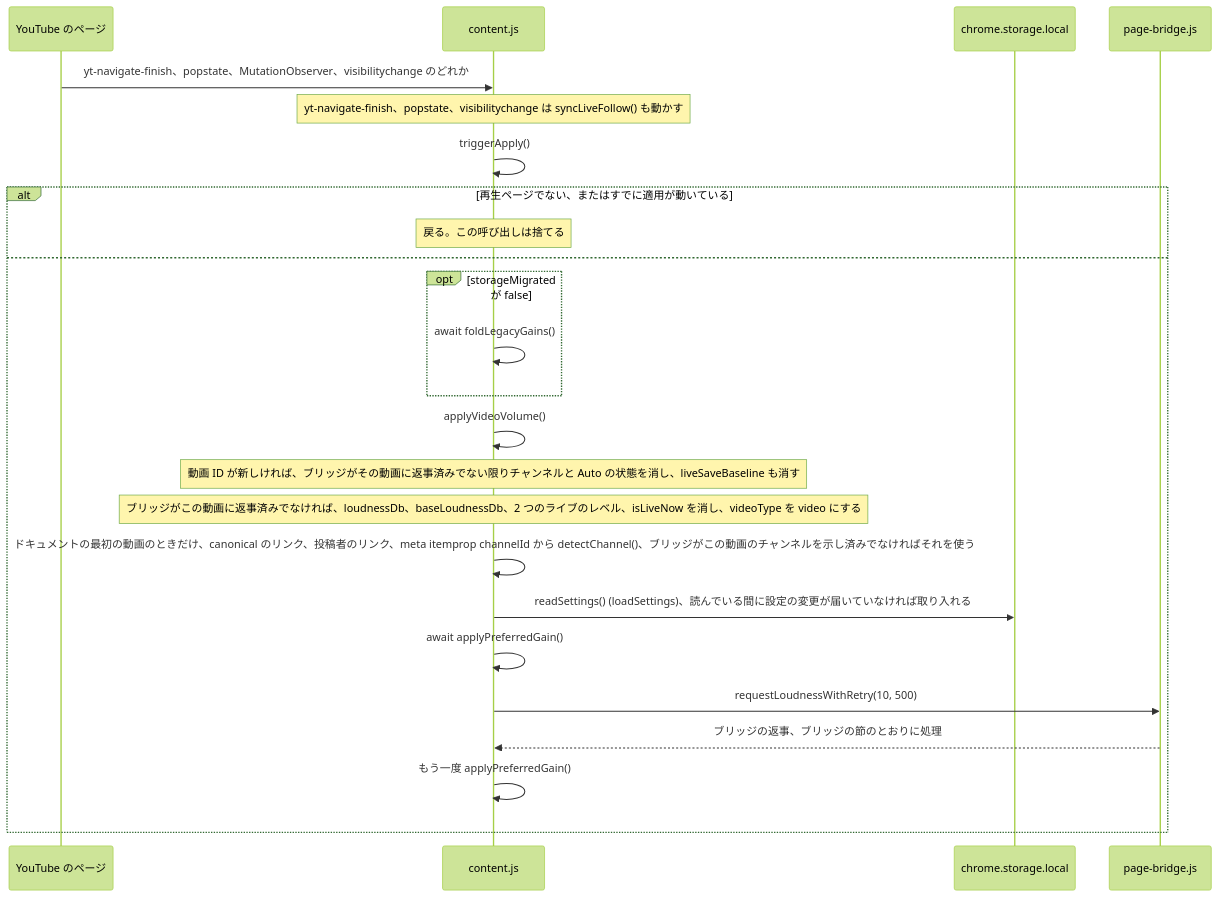
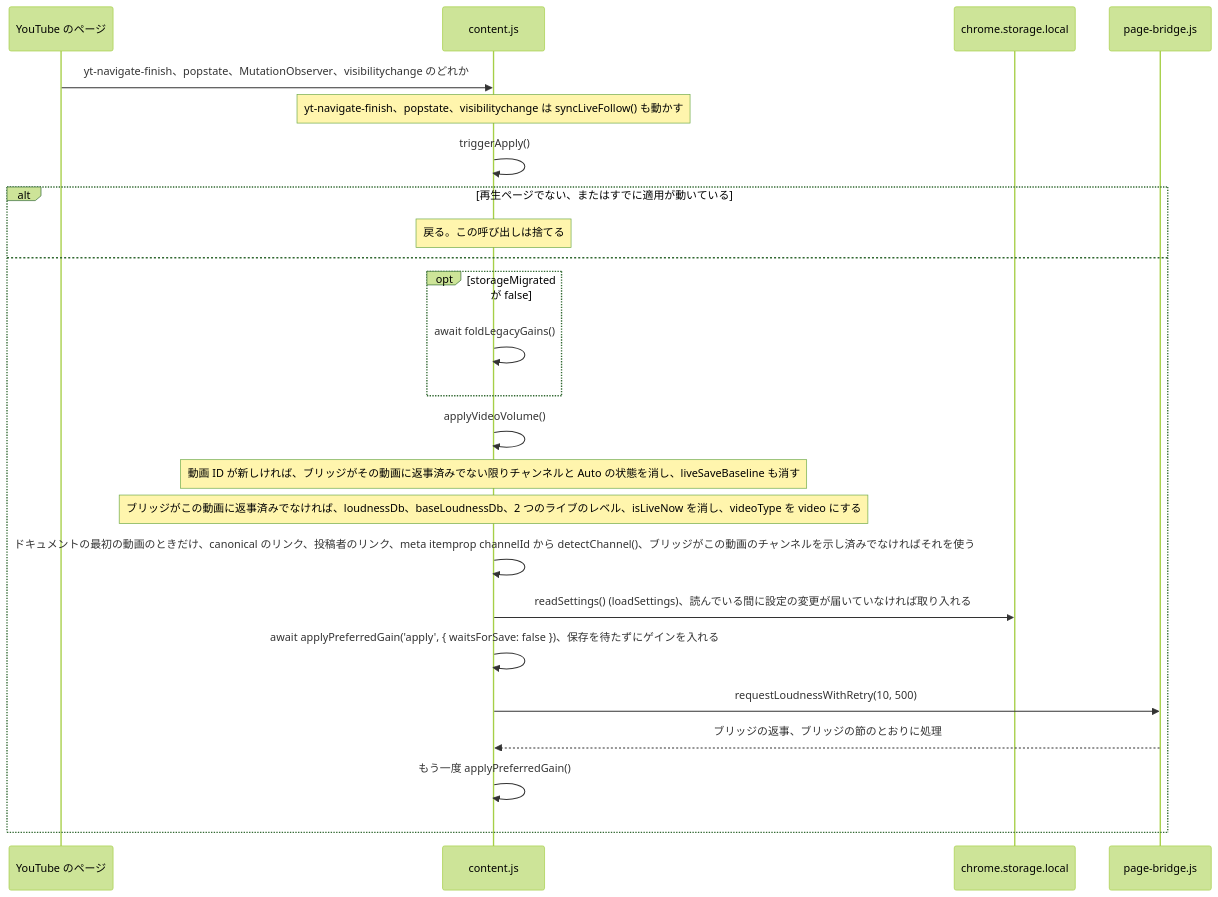
The tenth of 14 diagrams in docs/gain-change-and-save.ja.md (semnil/yt-channel-volume), drawn with Mermaid (forest theme) before and after one commit. The commit also changed other lines of this file and 5 other files, not shown here.

Commit message:
fix: let a navigation during Auto's own save or the live save reach the new video, and store Auto's gain when a playing video is unmuted

````diff
--- a/docs/gain-change-and-save.ja.md
+++ b/docs/gain-change-and-save.ja.md
@@ -526,26 +528,26 @@
 ```mermaid
 sequenceDiagram
   participant Y as YouTube のページ
   participant C as content.js
   participant S as chrome.storage.local
   participant B as page-bridge.js
   Y->>C: yt-navigate-finish、popstate、MutationObserver、visibilitychange のどれか
   Note over C: yt-navigate-finish、popstate、visibilitychange は syncLiveFollow() も動かす
   C->>C: triggerApply()
   alt 再生ページでない、またはすでに適用が動いている
     Note over C: 戻る。この呼び出しは捨てる
   else
     opt storageMigrated が false
       C->>C: await foldLegacyGains()
     end
     C->>C: applyVideoVolume()
     Note over C: 動画 ID が新しければ、ブリッジがその動画に返事済みでない限りチャンネルと Auto の状態を消し、liveSaveBaseline も消す
     Note over C: ブリッジがこの動画に返事済みでなければ、loudnessDb、baseLoudnessDb、2 つのライブのレベル、isLiveNow を消し、videoType を video にする
     C->>C: ドキュメントの最初の動画のときだけ、canonical のリンク、投稿者のリンク、meta itemprop channelId から detectChannel()、ブリッジがこの動画のチャンネルを示し済みでなければそれを使う
     C->>S: readSettings() (loadSettings)、読んでいる間に設定の変更が届いていなければ取り入れる
-    C->>C: await applyPreferredGain()
+    C->>C: await applyPreferredGain('apply', { waitsForSave: false })、保存を待たずにゲインを入れる
     C->>B: requestLoudnessWithRetry(10, 500)
     B-->>C: ブリッジの返事、ブリッジの節のとおりに処理
     C->>C: もう一度 applyPreferredGain()
   end
 ```
````
